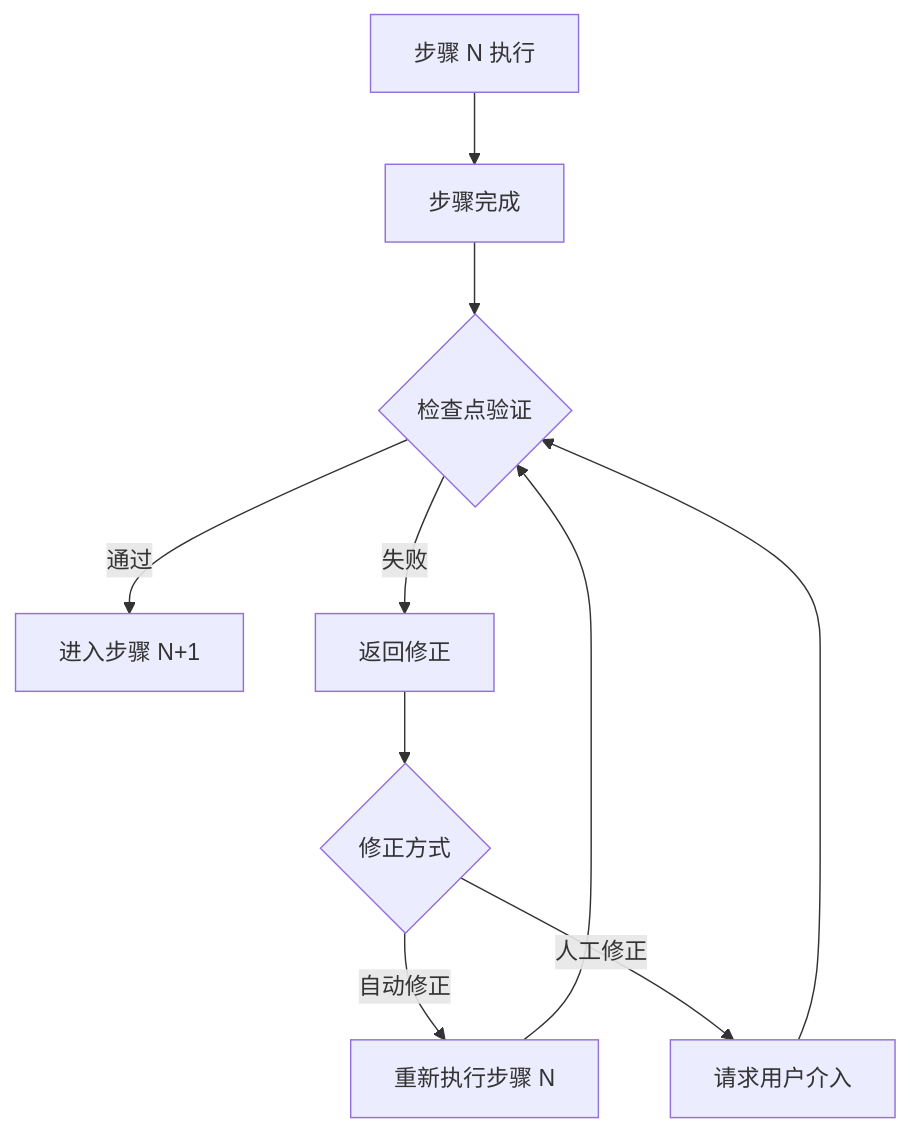
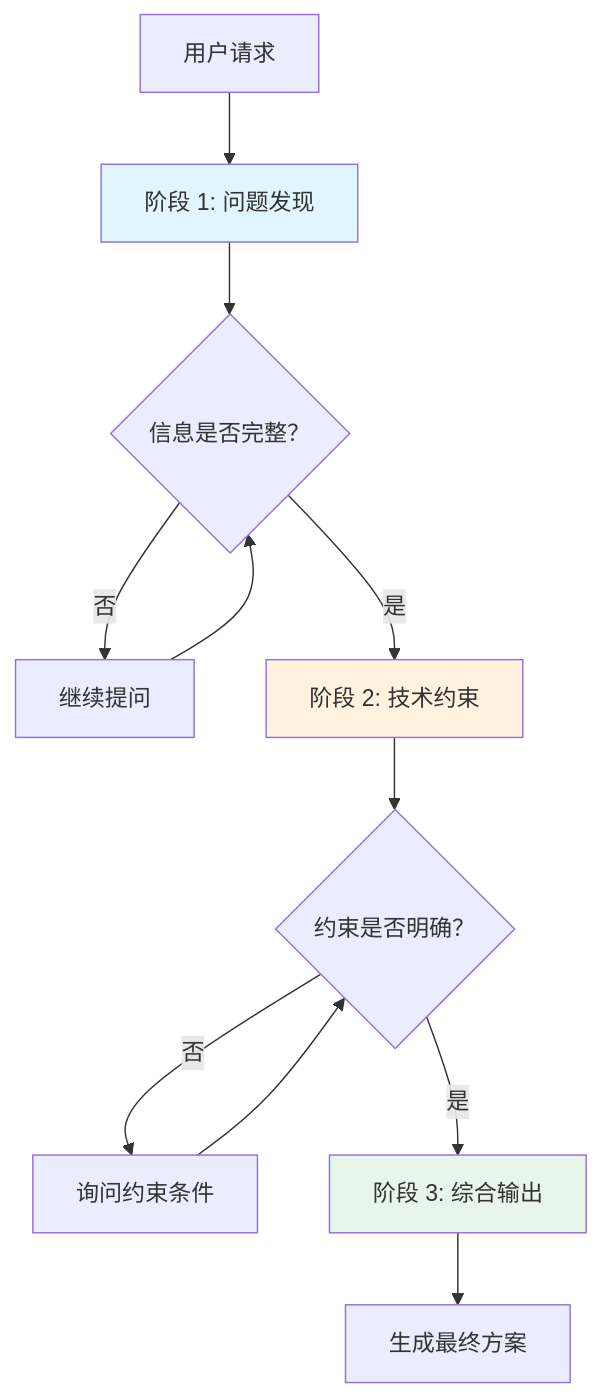
Before and after one commit to JackSmith111977/Knowledge-Base: the fourth of 6 diagrams in Tech/AI/SKILL/Google 5 种设计模式核心知识体系.md, drawn with Mermaid. The commit also changed other lines of this file and 10 other files, not shown here.

````diff
--- a/Tech/AI/SKILL/Google 5 种设计模式核心知识体系.md
+++ b/Tech/AI/SKILL/Google 5 种设计模式核心知识体系.md
@@ -750,15 +801,17 @@
 ```mermaid
 flowchart TD
-    A[步骤 N 执行] --> B[步骤完成]
-    B --> C{检查点验证}
+    A[用户请求] --> B[阶段 1: 问题发现]
+    B --> C{信息是否完整？}
+    C -->|否 | D[继续提问]
+    D --> C
+    C -->|是 | E[阶段 2: 技术约束]
+    E --> F{约束是否明确？}
+    F -->|否 | G[询问约束条件]
+    G --> F
+    F -->|是 | H[阶段 3: 综合输出]
+    H --> I[生成最终方案]
     
-    C -->|通过 | D[进入步骤 N+1]
-    C -->|失败 | E[返回修正]
-    
-    E --> F{修正方式}
-    F -->|自动修正 | G[重新执行步骤 N]
-    F -->|人工修正 | H[请求用户介入]
-    
-    G --> C
-    H --> C
+    style B fill:#e1f5fe
+    style E fill:#fff3e0
+    style H fill:#e8f5e9
 ```
````
